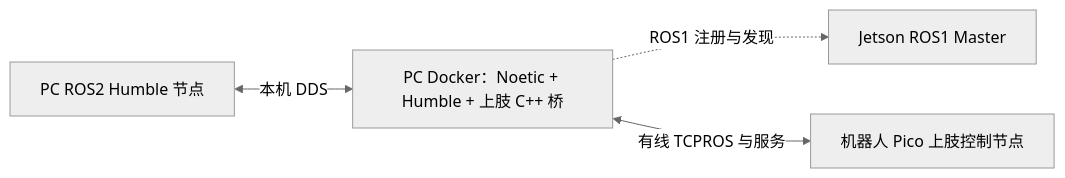
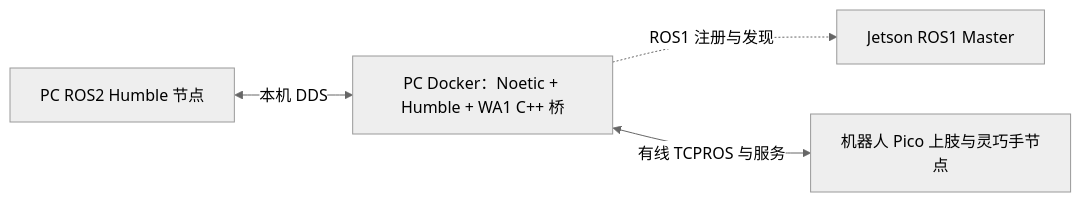
One commit to CSC309Zhou/WA1_ws changed the diagram in native_bridge/README.md. Above: the diagram before and after it, drawn with Mermaid (neutral theme). The commit also changed other lines of this file and 29 other files, not shown here.

````diff
--- a/native_bridge/README.md
+++ b/native_bridge/README.md
@@ -11,6 +11,6 @@
 ```mermaid
 flowchart LR
-  APP[PC ROS2 Humble 节点] <-->|本机 DDS| BRIDGE[PC Docker：Noetic + Humble + 上肢 C++ 桥]
+  APP[PC ROS2 Humble 节点] <-->|本机 DDS| BRIDGE[PC Docker：Noetic + Humble + WA1 C++ 桥]
   BRIDGE -.->|ROS1 注册与发现| MASTER[Jetson ROS1 Master]
-  BRIDGE <-->|有线 TCPROS 与服务| PICO[机器人 Pico 上肢控制节点]
+  BRIDGE <-->|有线 TCPROS 与服务| PICO[机器人 Pico 上肢与灵巧手节点]
 ```
````
